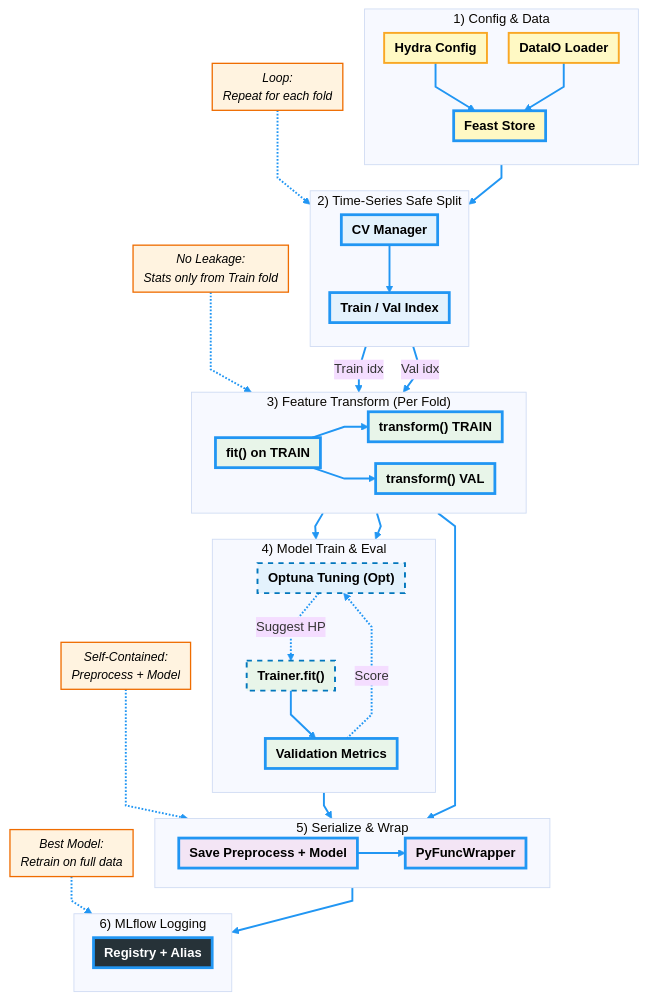
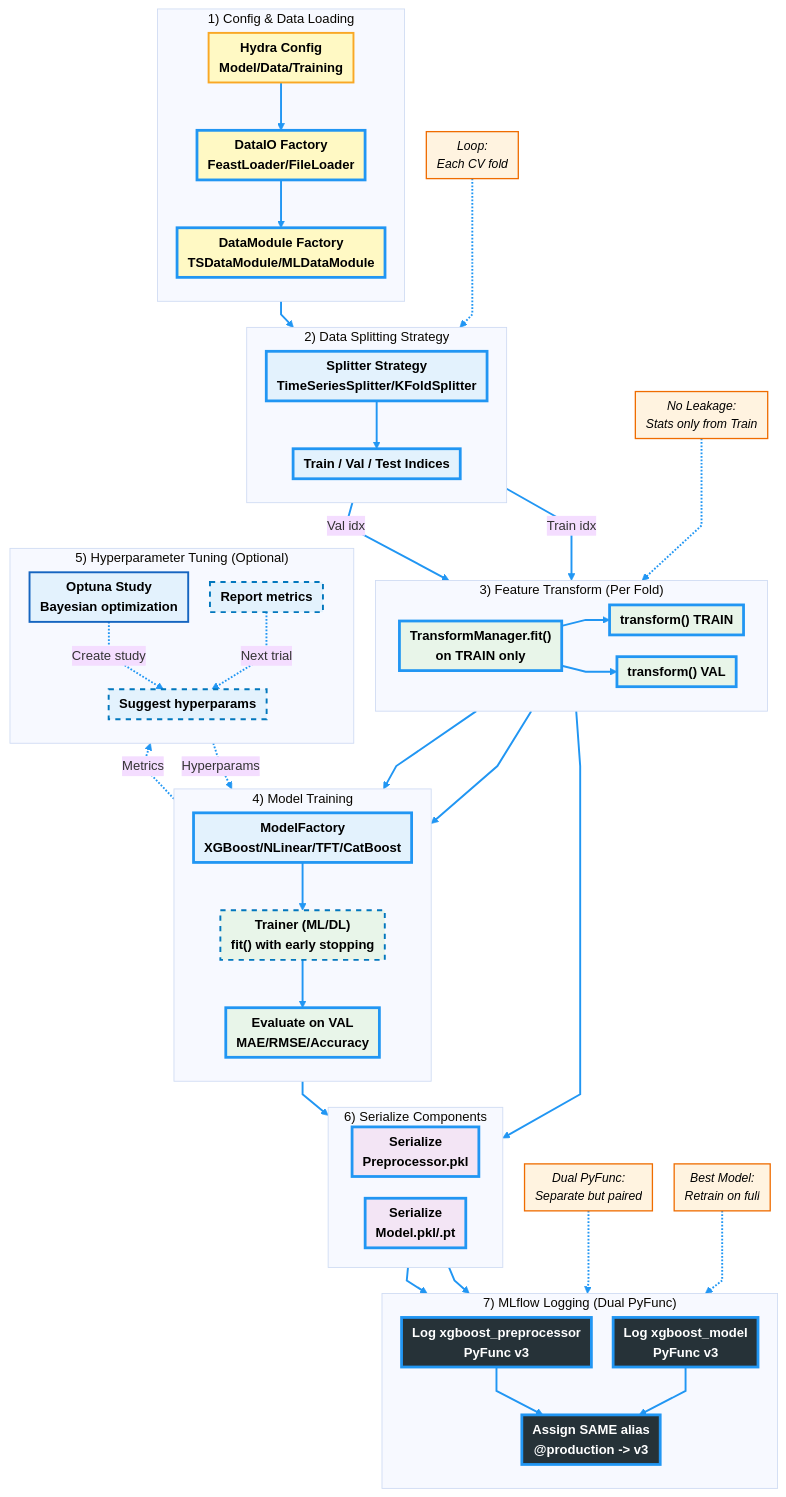
One commit to bambootran89/ml_pipeline_template changed the first of 8 diagrams in docs/offlineworkflow.md. Above: the diagram before and after it, drawn with Mermaid. The commit also changed other lines of this file and 2 other files, not shown here.

````diff
--- a/docs/offlineworkflow.md
+++ b/docs/offlineworkflow.md
@@ -45,76 +46,93 @@
     classDef note fill:#fff3e0,stroke:#ef6c00,stroke-width:1.5px,color:#000,font-style:italic,font-size:14px
 
     %% Phases
-    subgraph Phase1["1) Config & Data"]
+    subgraph Phase1["1) Config & Data Loading"]
         direction TB
-        Config["Hydra Config"]:::input
-        DataLoader["DataIO Loader"]:::input
-        Feast["Feast Store"]:::input
+        Config["Hydra Config<br/>Model/Data/Training"]:::input
+        DataIO["DataIO Factory<br/>FeastLoader/FileLoader"]:::input
+        DataModule["DataModule Factory<br/>TSDataModule/MLDataModule"]:::input
     end
 
-    subgraph Phase2["2) Time-Series Safe Split"]
+    subgraph Phase2["2) Data Splitting Strategy"]
         direction TB
-        CVManager["CV Manager"]:::orchestrator
-        Split["Train / Val Index"]:::orchestrator
+        Splitter["Splitter Strategy<br/>TimeSeriesSplitter/KFoldSplitter"]:::orchestrator
+        Split["Train / Val / Test Indices"]:::orchestrator
     end
 
     subgraph Phase3["3) Feature Transform (Per Fold)"]
         direction LR
-        TransFit["fit() on TRAIN"]:::compute
+        TransFit["TransformManager.fit()<br/>on TRAIN only"]:::compute
         TransTrain["transform() TRAIN"]:::compute
         TransVal["transform() VAL"]:::compute
     end
 
-    subgraph Phase4["4) Model Train & Eval"]
+    subgraph Phase4["4) Model Training"]
         direction TB
-        Optuna["Optuna Tuning (Opt)"]:::orchestrator
-        Trainer["Trainer.fit()"]:::compute
-        Evaluate["Validation Metrics"]:::compute
+        ModelFactory["ModelFactory<br/>XGBoost/NLinear/TFT/CatBoost"]:::orchestrator
+        Trainer["Trainer (ML/DL)<br/>fit() with early stopping"]:::compute
+        Evaluate["Evaluate on VAL<br/>MAE/RMSE/Accuracy"]:::compute
     end
 
-    subgraph Phase5["5) Serialize & Wrap"]
-        direction LR
-        Serializer["Save Preprocess + Model"]:::package
-        Wrapper["PyFuncWrapper"]:::package
+    subgraph Phase5["5) Hyperparameter Tuning (Optional)"]
+        direction TB
+        Optuna["Optuna Study<br/>Bayesian optimization"]:::orchestrator
+        Suggest["Suggest hyperparams"]:::orchestrator
+        Report["Report metrics"]:::orchestrator
     end
 
-    subgraph Phase6["6) MLflow Logging"]
+    subgraph Phase6["6) Serialize Components"]
+        direction LR
+        SerPrep["Serialize<br/>Preprocessor.pkl"]:::package
+        SerModel["Serialize<br/>Model.pkl/.pt"]:::package
+    end
+
+    subgraph Phase7["7) MLflow Logging (Dual PyFunc)"]
         direction TB
-        MLflow["Registry + Alias"]:::storage
+        LogPrep["Log xgboost_preprocessor<br/>PyFunc v3"]:::storage
+        LogModel["Log xgboost_model<br/>PyFunc v3"]:::storage
+        Alias["Assign SAME alias<br/>@production -> v3"]:::storage
     end
 
     %% Main flow
-    Config & DataLoader ==> Feast:::hotpath
-    Feast ==> CVManager:::hotpath
-    CVManager ==> Split:::hotpath
+    Config ==> DataIO:::hotpath
+    DataIO ==> DataModule:::hotpath
+    DataModule ==> Splitter:::hotpath
+    Splitter ==> Split:::hotpath
+
     Split -->|"Train idx"| TransFit:::hotpath
     Split -->|"Val idx"| TransVal:::hotpath
     TransFit ==> TransTrain:::hotpath
     TransFit ==> TransVal:::hotpath
-    TransTrain ==> Trainer:::hotpath
+
+    TransTrain ==> ModelFactory:::hotpath
+    ModelFactory ==> Trainer:::hotpath
     TransVal ==> Evaluate:::hotpath
     Trainer ==> Evaluate:::hotpath
-    TransFit --> Serializer:::hotpath
-    Trainer --> Serializer:::hotpath
-    Serializer ==> Wrapper:::hotpath
-    Wrapper ==> MLflow:::hotpath
 
-    %% Parameter tuning flow
-    Optuna -.->|"Suggest HP"| Trainer:::parampath
-    Evaluate -.->|"Score"| Optuna:::parampath
+    TransFit --> SerPrep:::hotpath
+    Trainer --> SerModel:::hotpath
+
+    SerPrep ==> LogPrep:::hotpath
+    SerModel ==> LogModel:::hotpath
+    LogPrep & LogModel ==> Alias:::hotpath
+
+    %% Optuna flow
+    Optuna -.->|"Create study"| Suggest:::parampath
+    Suggest -.->|"Hyperparams"| Trainer:::parampath
+    Evaluate -.->|"Metrics"| Report:::parampath
+    Report -.->|"Next trial"| Suggest:::parampath
 
     %% Notes
-    N1["No Leakage:<br/>Stats only from Train fold"]:::note
-    N2["Self-Contained:<br/>Preprocess + Model"]:::note
-    N3["Loop:<br/>Repeat for each fold"]:::note
-    N4["Best Model:<br/>Retrain on full data"]:::note
+    N1["No Leakage:<br/>Stats only from Train"]:::note
+    N2["Dual PyFunc:<br/>Separate but paired"]:::note
+    N3["Loop:<br/>Each CV fold"]:::note
+    N4["Best Model:<br/>Retrain on full"]:::note
 
     N1 -.-> TransFit
-    N2 -.-> Wrapper
-    N3 -.-> CVManager
-    N4 -.-> MLflow
+    N2 -.-> Phase7
+    N3 -.-> Splitter
+    N4 -.-> Alias
 
     %% Global edge style
     linkStyle default stroke:#2196f3,stroke-width:2.2px
-
 ```
````
